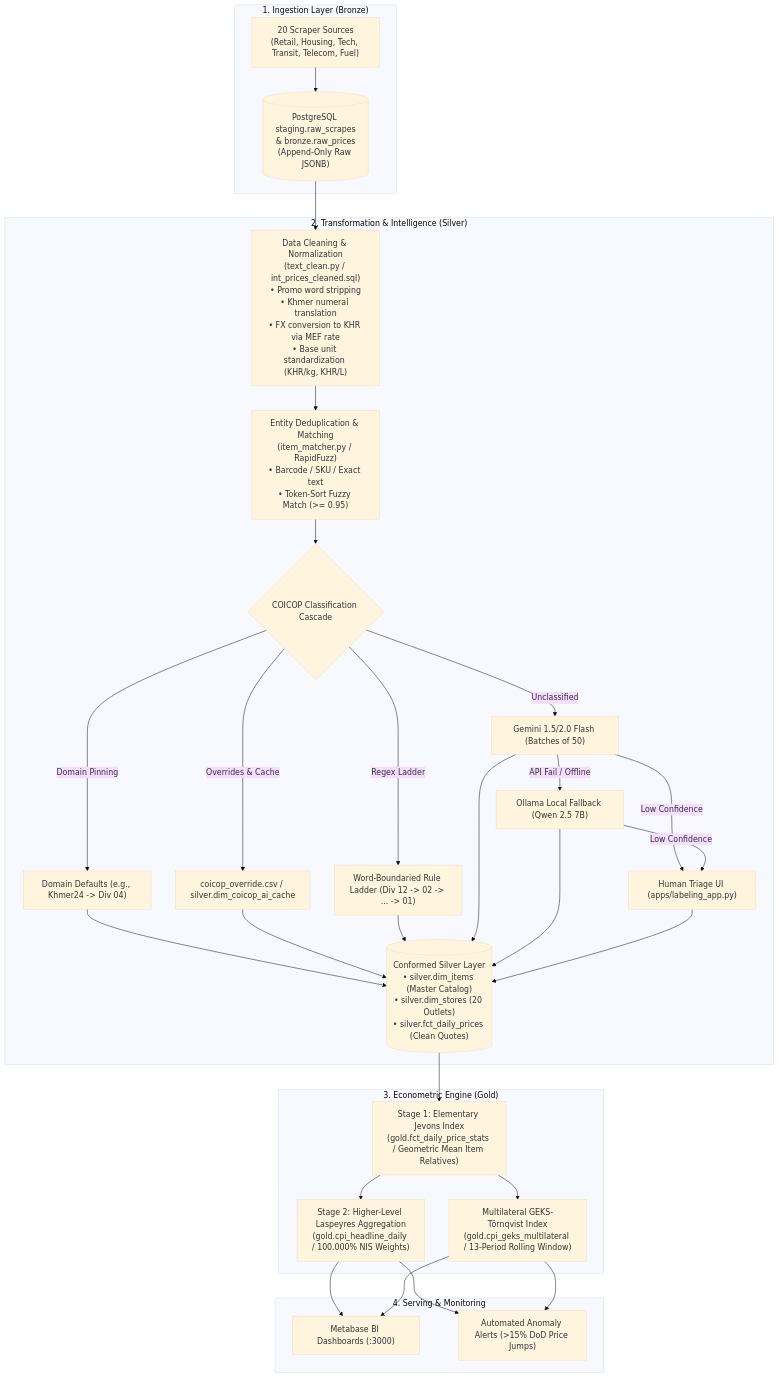
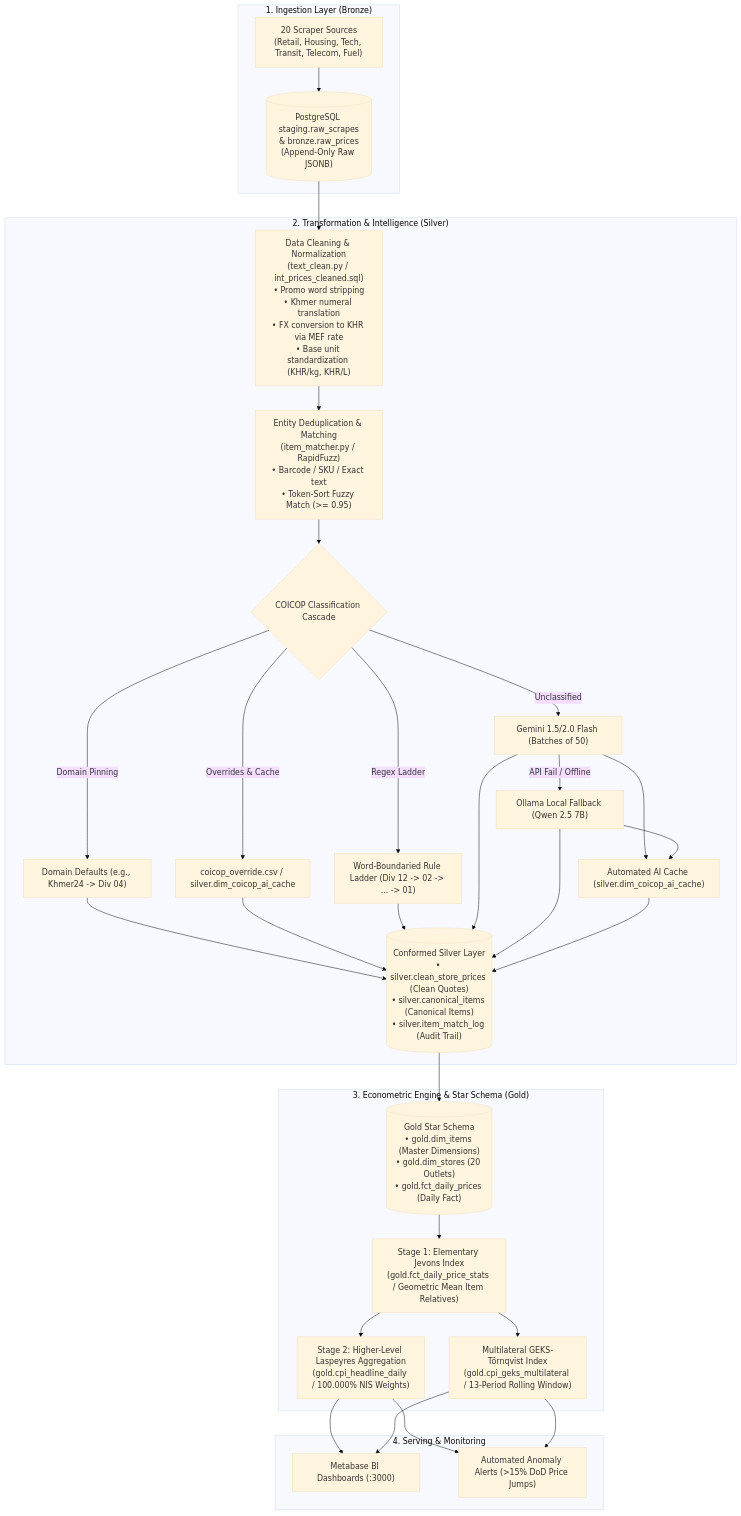
Before and after one commit to Korngmeng-Taing/Cambodia-cpi-pipeline: the first of 2 diagrams in docs/WEEK_3_PROGRESS_REPORT.md, drawn with Mermaid (base theme). The commit also changed other lines of this file and 74 other files, not shown here.

Commit message:
feat: align medallion silver-gold models, AI-first COICOP classification, automated item matching, and documentation

````diff
--- a/docs/WEEK_3_PROGRESS_REPORT.md
+++ b/docs/WEEK_3_PROGRESS_REPORT.md
@@ -35,30 +39,31 @@
 ```mermaid
 flowchart TD
     subgraph S1["1. Ingestion Layer (Bronze)"]
         A1["20 Scraper Sources\n(Retail, Housing, Tech, Transit, Telecom, Fuel)"] --> A2[("PostgreSQL staging.raw_scrapes\n& bronze.raw_prices\n(Append-Only Raw JSONB)")]
     end
 
     subgraph S2["2. Transformation & Intelligence (Silver)"]
         A2 --> B1["Data Cleaning & Normalization\n(text_clean.py / int_prices_cleaned.sql)\n• Promo word stripping\n• Khmer numeral translation\n• FX conversion to KHR via MEF rate\n• Base unit standardization (KHR/kg, KHR/L)"]
         B1 --> B2["Entity Deduplication & Matching\n(item_matcher.py / RapidFuzz)\n• Barcode / SKU / Exact text\n• Token-Sort Fuzzy Match (>= 0.95)"]
         B2 --> B3{"COICOP Classification Cascade"}
         B3 -- "Domain Pinning" --> C1["Domain Defaults (e.g., Khmer24 -> Div 04)"]
         B3 -- "Overrides & Cache" --> C2["coicop_override.csv / silver.dim_coicop_ai_cache"]
         B3 -- "Regex Ladder" --> C3["Word-Boundaried Rule Ladder (Div 12 -> 02 -> ... -> 01)"]
         B3 -- "Unclassified" --> C4["Gemini 1.5/2.0 Flash (Batches of 50)"]
         C4 -- "API Fail / Offline" --> C5["Ollama Local Fallback (Qwen 2.5 7B)"]
-        C4 & C5 -- "Low Confidence" --> C6["Human Triage UI (apps/labeling_app.py)"]
-        C1 & C2 & C3 & C4 & C5 & C6 --> B4[("Conformed Silver Layer\n• silver.dim_items (Master Catalog)\n• silver.dim_stores (20 Outlets)\n• silver.fct_daily_prices (Clean Quotes)")]
+        C4 & C5 --> C6["Automated AI Cache (silver.dim_coicop_ai_cache)"]
+        C1 & C2 & C3 & C4 & C5 & C6 --> B4[("Conformed Silver Layer\n• silver.clean_store_prices (Clean Quotes)\n• silver.canonical_items (Canonical Items)\n• silver.item_match_log (Audit Trail)")]
     end
 
-    subgraph S3["3. Econometric Engine (Gold)"]
-        B4 --> D1["Stage 1: Elementary Jevons Index\n(gold.fct_daily_price_stats / Geometric Mean Item Relatives)"]
+    subgraph S3["3. Econometric Engine & Star Schema (Gold)"]
+        B4 --> D0[("Gold Star Schema\n• gold.dim_items (Master Dimensions)\n• gold.dim_stores (20 Outlets)\n• gold.fct_daily_prices (Daily Fact)")]
+        D0 --> D1["Stage 1: Elementary Jevons Index\n(gold.fct_daily_price_stats / Geometric Mean Item Relatives)"]
         D1 --> D2["Stage 2: Higher-Level Laspeyres Aggregation\n(gold.cpi_headline_daily / 100.000% NIS Weights)"]
         D1 --> D3["Multilateral GEKS-Törnqvist Index\n(gold.cpi_geks_multilateral / 13-Period Rolling Window)"]
     end
 
     subgraph S4["4. Serving & Monitoring"]
         D2 & D3 --> E1["Metabase BI Dashboards (:3000)"]
         D2 & D3 --> E2["Automated Anomaly Alerts (>15% DoD Price Jumps)"]
     end
 ```
````
